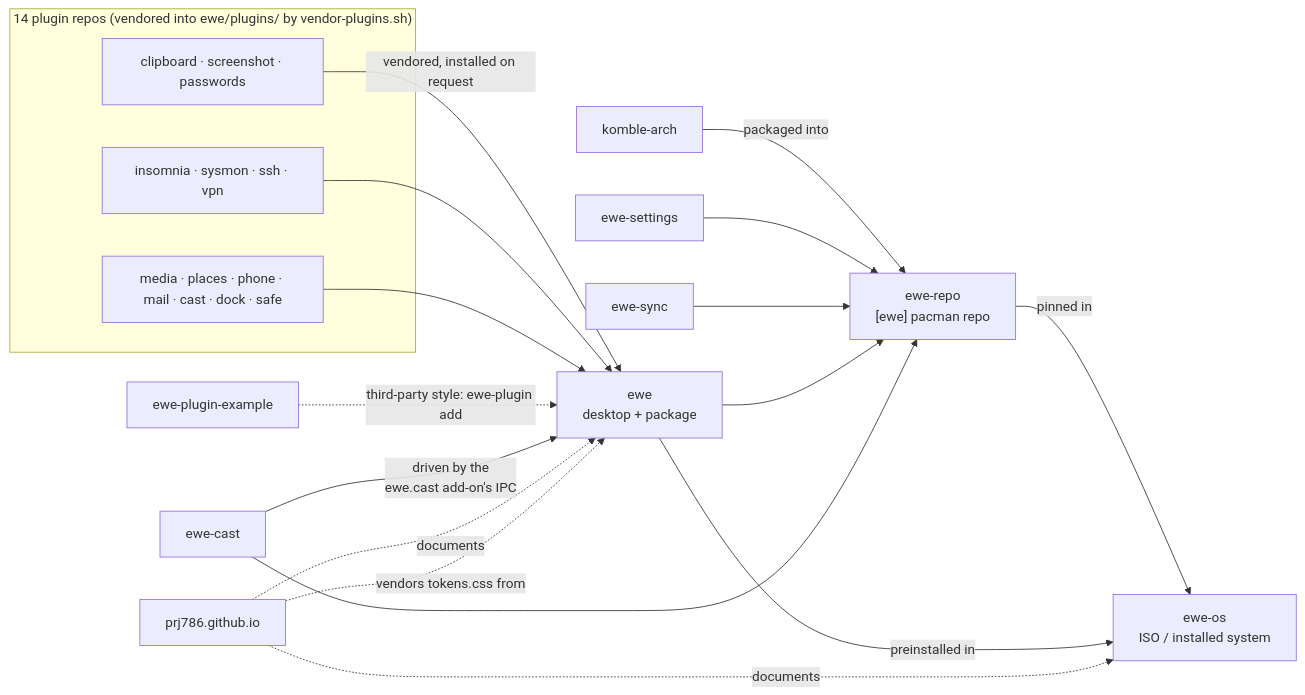
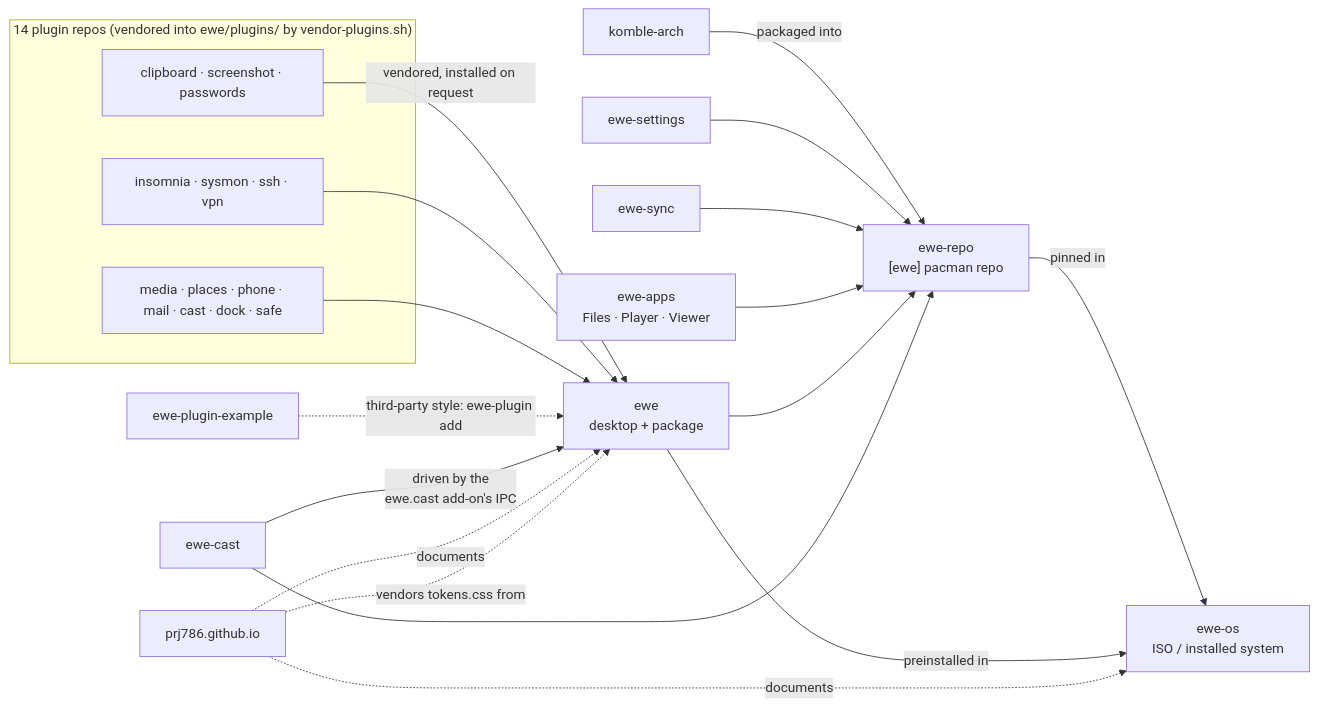
The diagram in 01-Overview/Repository Map.md (prj786/ewe-map), drawn with Mermaid before and after one commit. The commit also changed other lines of this file and 33 other files, not shown here.

First line of the commit message:
docs: the 0.44 wave — ewe's own apps, the package diet, password sign-in, apps not resident

````diff
--- a/01-Overview/Repository Map.md
+++ b/01-Overview/Repository Map.md
@@ -50,29 +51,30 @@
 ```mermaid
 graph LR
     subgraph plugins["14 plugin repos (vendored into ewe/plugins/ by vendor-plugins.sh)"]
         P1["clipboard · screenshot · passwords"]
         P2["insomnia · sysmon · ssh · vpn"]
         P3["media · places · phone · mail · cast · dock · safe"]
     end
     P4["ewe-plugin-example"]
 
     P1 -->|"vendored, installed on request"| EWE["ewe<br/>desktop + package"]
     P2 --> EWE
     P3 --> EWE
     P4 -.->|"third-party style: ewe-plugin add"| EWE
 
     CAST["ewe-cast"] -->|"driven by the<br/>ewe.cast add-on's IPC"| EWE
 
     K["komble-arch"] -->|"packaged into"| REPO["ewe-repo<br/>[ewe] pacman repo"]
     S["ewe-settings"] --> REPO
     SY["ewe-sync"] --> REPO
+    APPS["ewe-apps<br/>Files · Player · Viewer"] --> REPO
     EWE --> REPO
     CAST --> REPO
 
     REPO -->|"pinned in"| OS["ewe-os<br/>ISO / installed system"]
     EWE -->|"preinstalled in"| OS
 
     WEB["prj786.github.io"] -.->|"documents"| OS
     WEB -.->|"documents"| EWE
     WEB -.->|"vendors tokens.css from"| EWE
 ```
````
